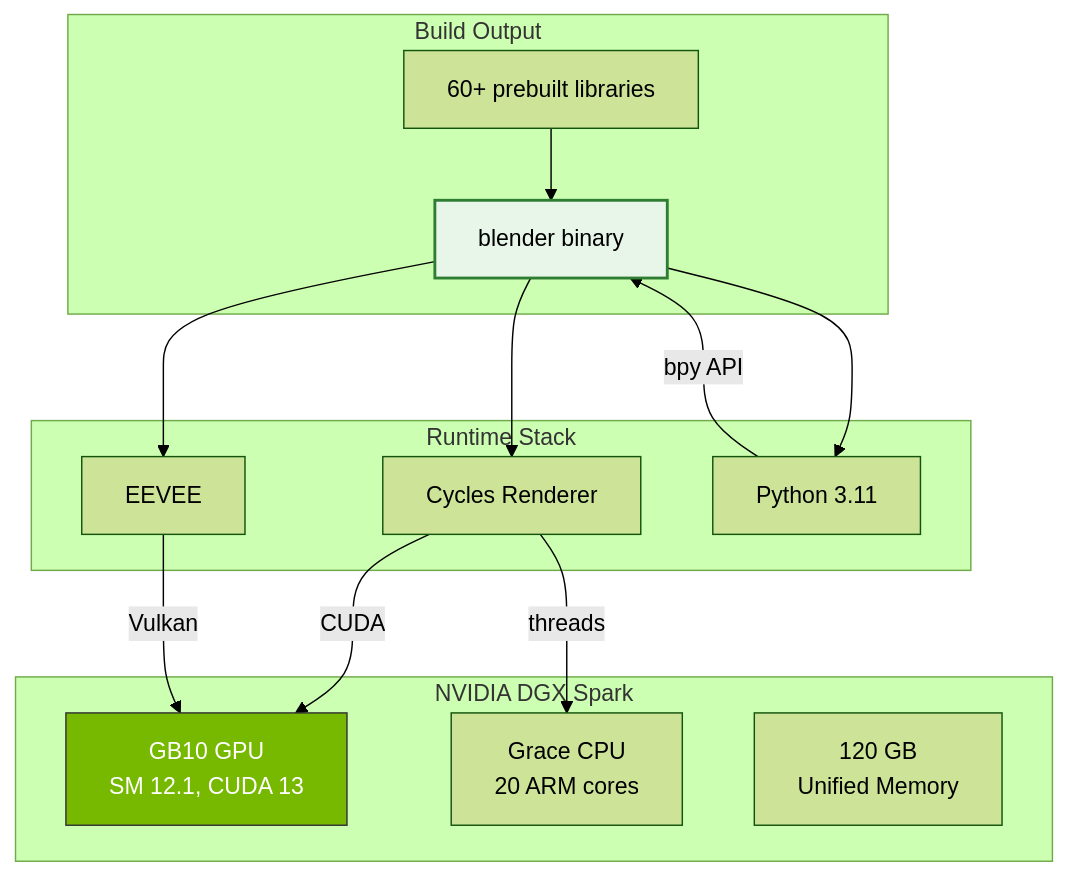
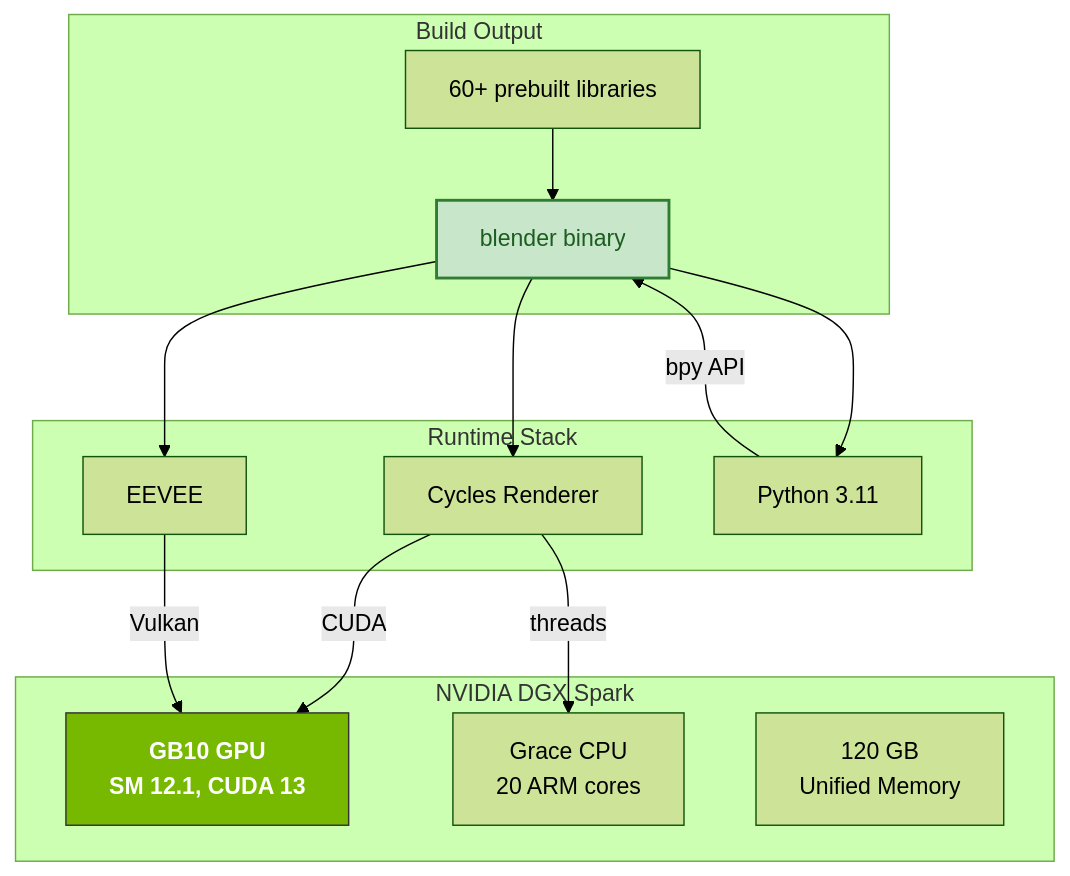
Before and after one commit to mvalancy/blender-nvidia-gb10: the third of 3 diagrams in README.md, drawn with Mermaid (forest theme). The commit also changed other lines of this file, not shown here.

Commit message:
Improve mermaid diagram contrast and readability

````diff
--- a/README.md
+++ b/README.md
@@ -134,31 +134,31 @@
 ```mermaid
 graph TB
     subgraph build["Build Output"]
         BIN["blender binary"]
         LIBS["60+ prebuilt libraries"]
     end
 
     subgraph runtime["Runtime Stack"]
         CYCLES["Cycles Renderer"]
         EEVEE["EEVEE"]
         PYTHON["Python 3.11"]
     end
 
     subgraph hardware["NVIDIA DGX Spark"]
         GPU["GB10 GPU<br>SM 12.1, CUDA 13"]
         CPU["Grace CPU<br>20 ARM cores"]
         RAM["120 GB<br>Unified Memory"]
     end
 
     BIN --> CYCLES
     BIN --> EEVEE
     BIN --> PYTHON
     CYCLES -->|CUDA| GPU
     CYCLES -->|threads| CPU
     EEVEE -->|Vulkan| GPU
     PYTHON -->|bpy API| BIN
     LIBS --> BIN
 
-    style GPU fill:#76b900,stroke:#333,color:#fff
-    style BIN fill:#e8f5e9,stroke:#2e7d32,stroke-width:2px
+    style GPU fill:#76b900,stroke:#333,color:#fff,font-weight:bold
+    style BIN fill:#c8e6c9,stroke:#2e7d32,stroke-width:2px,color:#1b5e20
 ```
````
